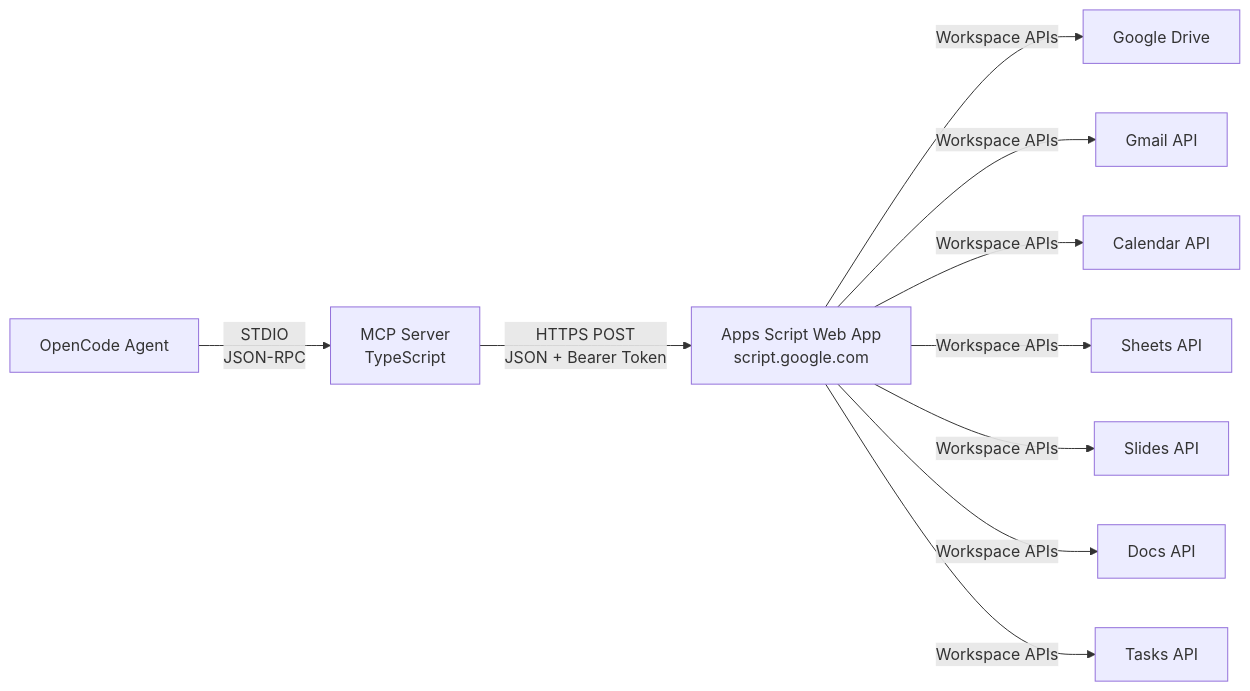
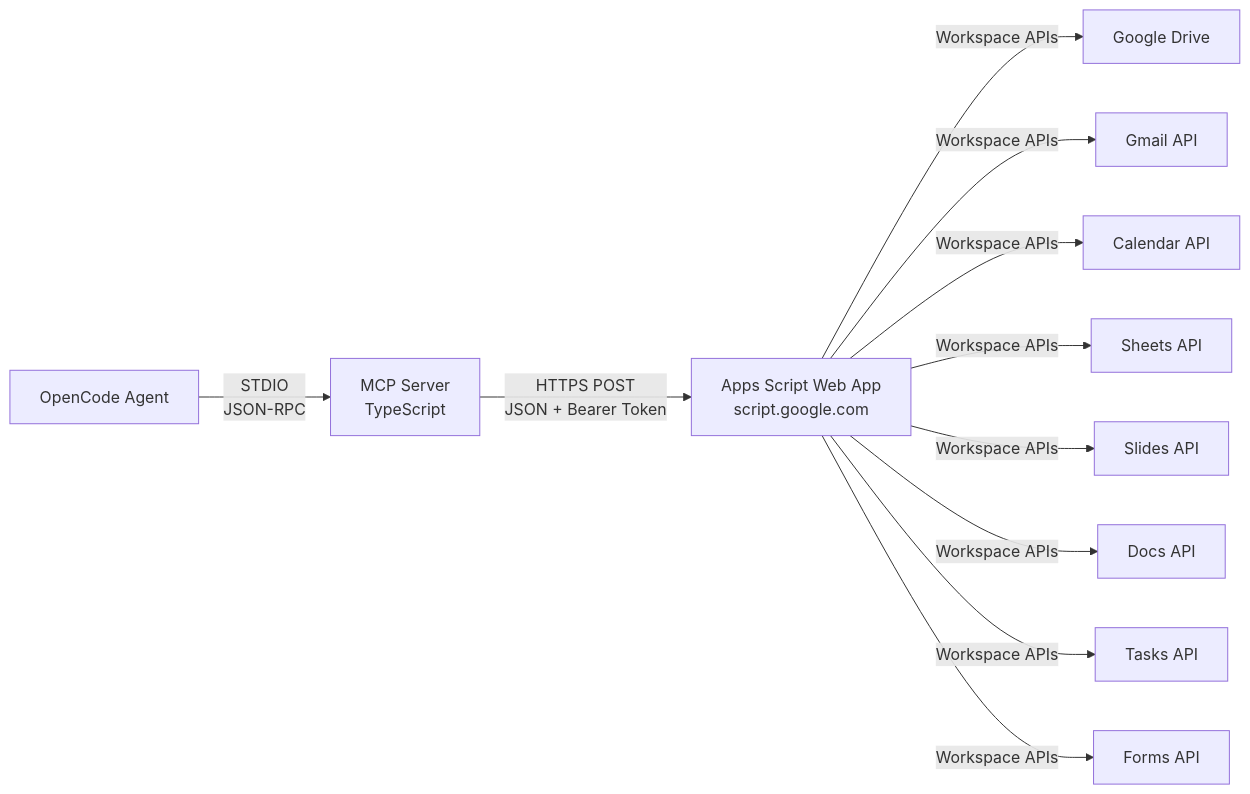
One commit to joe-broadhead/workspace-lite changed the first of 2 diagrams in docs/architecture/overview.md. Above: the diagram before and after it, drawn with Mermaid. The commit also changed other lines of this file and 38 other files, not shown here.

````diff
--- a/docs/architecture/overview.md
+++ b/docs/architecture/overview.md
@@ -9,12 +9,13 @@
 ```mermaid
 graph LR
     A[OpenCode Agent] -->|STDIO<br/>JSON-RPC| B[MCP Server<br/>TypeScript]
     B -->|HTTPS POST<br/>JSON + Bearer Token| C[Apps Script Web App<br/>script.google.com]
     C -->|Workspace APIs| D[Google Drive]
     C -->|Workspace APIs| E[Gmail API]
     C -->|Workspace APIs| F[Calendar API]
     C -->|Workspace APIs| G[Sheets API]
     C -->|Workspace APIs| H[Slides API]
     C -->|Workspace APIs| I[Docs API]
     C -->|Workspace APIs| J[Tasks API]
+    C -->|Workspace APIs| K[Forms API]
 ```
````
